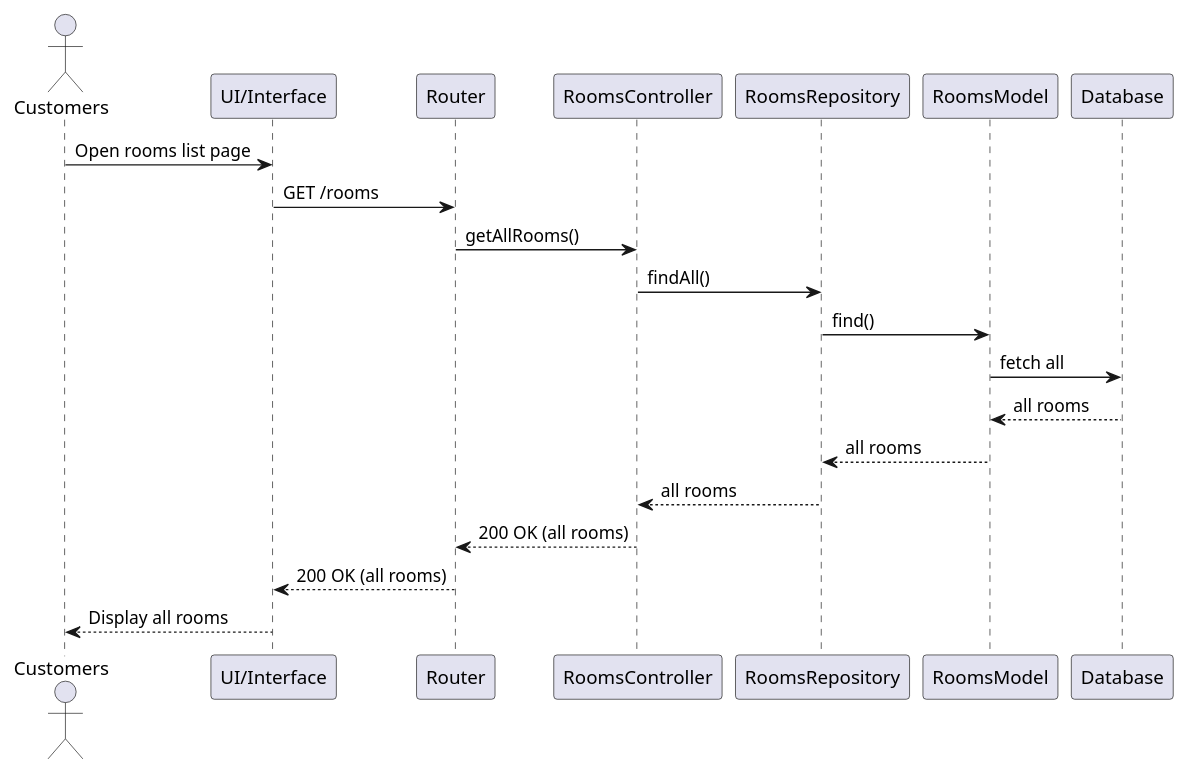
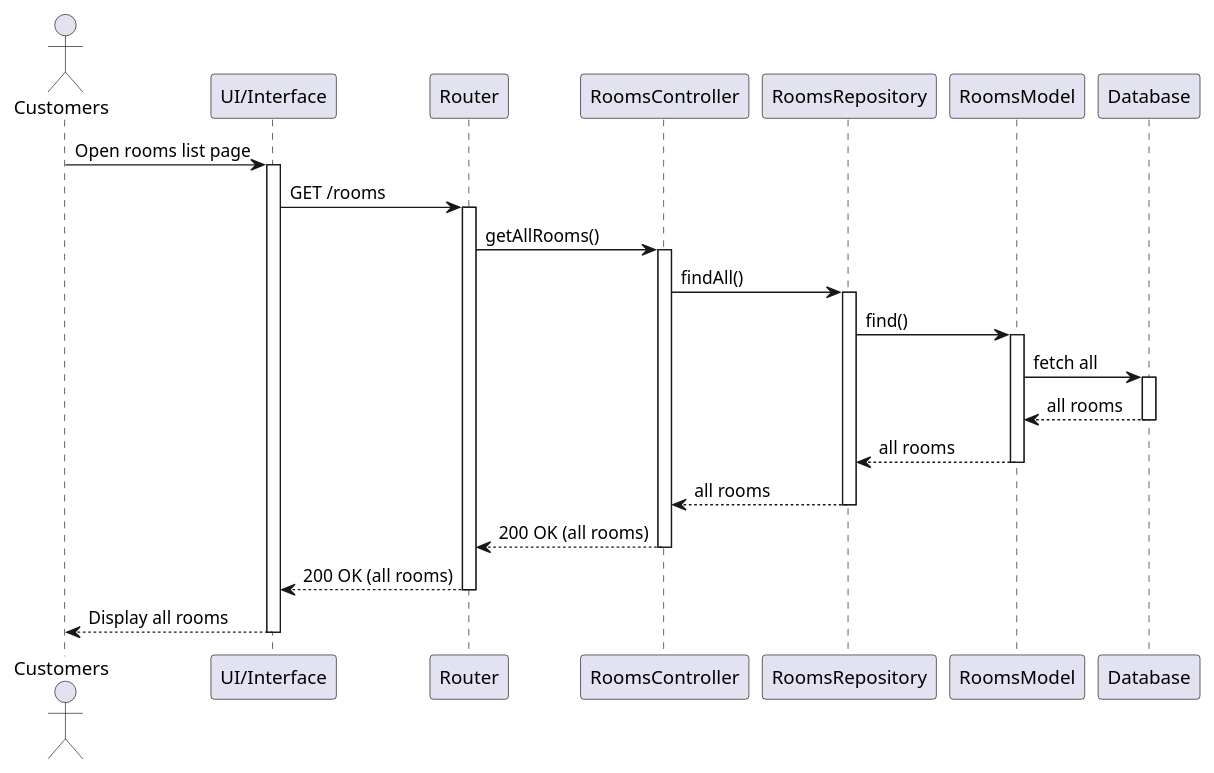
The diagram in backend/ClassDiagram/Sequence_Customers/Get All Rooms.puml (trongend123/HuongSen), drawn with PlantUML before and after one commit. The commit also changed 162 other files, not shown here.

Commit message:
add sequence

```diff
--- a/backend/ClassDiagram/Sequence_Customers/Get All Rooms.puml
+++ b/backend/ClassDiagram/Sequence_Customers/Get All Rooms.puml
@@ -1,22 +1,34 @@
 @startuml
 actor Customers
 participant "UI/Interface" as UI
 participant "Router" as Router
 participant "RoomsController" as Controller
 participant "RoomsRepository" as Repository
 participant "RoomsModel" as Model
 participant "Database" as DB
 
 Customers -> UI: Open rooms list page
+activate UI
 UI -> Router: GET /rooms
+activate Router
 Router -> Controller: getAllRooms()
+activate Controller
 Controller -> Repository: findAll()
+activate Repository
 Repository -> Model: find()
+activate Model
 Model -> DB: fetch all
+activate DB
 DB --> Model: all rooms
+deactivate DB
 Model --> Repository: all rooms
+deactivate Model
 Repository --> Controller: all rooms
+deactivate Repository
 Controller --> Router: 200 OK (all rooms)
+deactivate Controller
 Router --> UI: 200 OK (all rooms)
+deactivate Router
 UI --> Customers: Display all rooms
+deactivate UI
 @enduml
```
